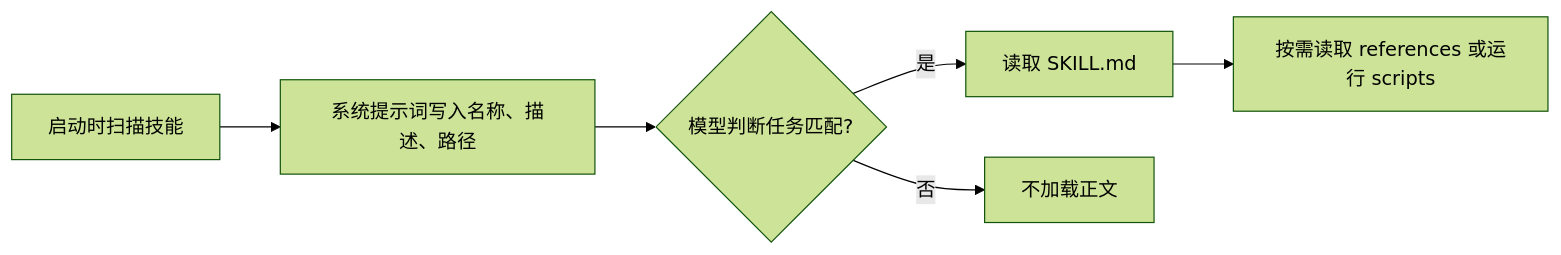
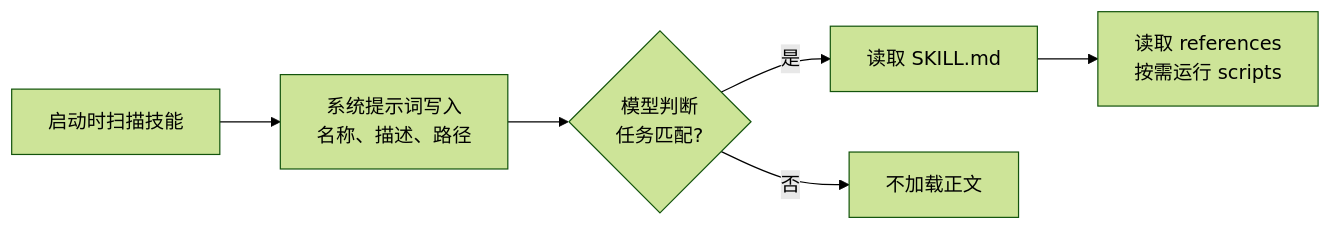
One commit to John-Shao/pi-beginner-tutorial changed the second of 2 diagrams in 07-customize.md. Above: the diagram before and after it, drawn with Mermaid (forest theme). The commit also changed 1 other file, not shown here.

Commit message:
优化文档格式

````diff
--- a/07-customize.md
+++ b/07-customize.md
@@ -119,8 +119,8 @@
 ```mermaid
 flowchart LR
-    A["启动时扫描技能"] --> B["系统提示词写入名称、描述、路径"]
-    B --> C{"模型判断任务匹配?"}
+    A["启动时扫描技能"] --> B["系统提示词写入<br/>名称、描述、路径"]
+    B --> C{"模型判断<br/>任务匹配?"}
     C -->|是| D["读取 SKILL.md"]
-    D --> E["按需读取 references 或运行 scripts"]
+    D --> E["读取 references<br/>按需运行 scripts"]
     C -->|否| F["不加载正文"]
 ```
````
